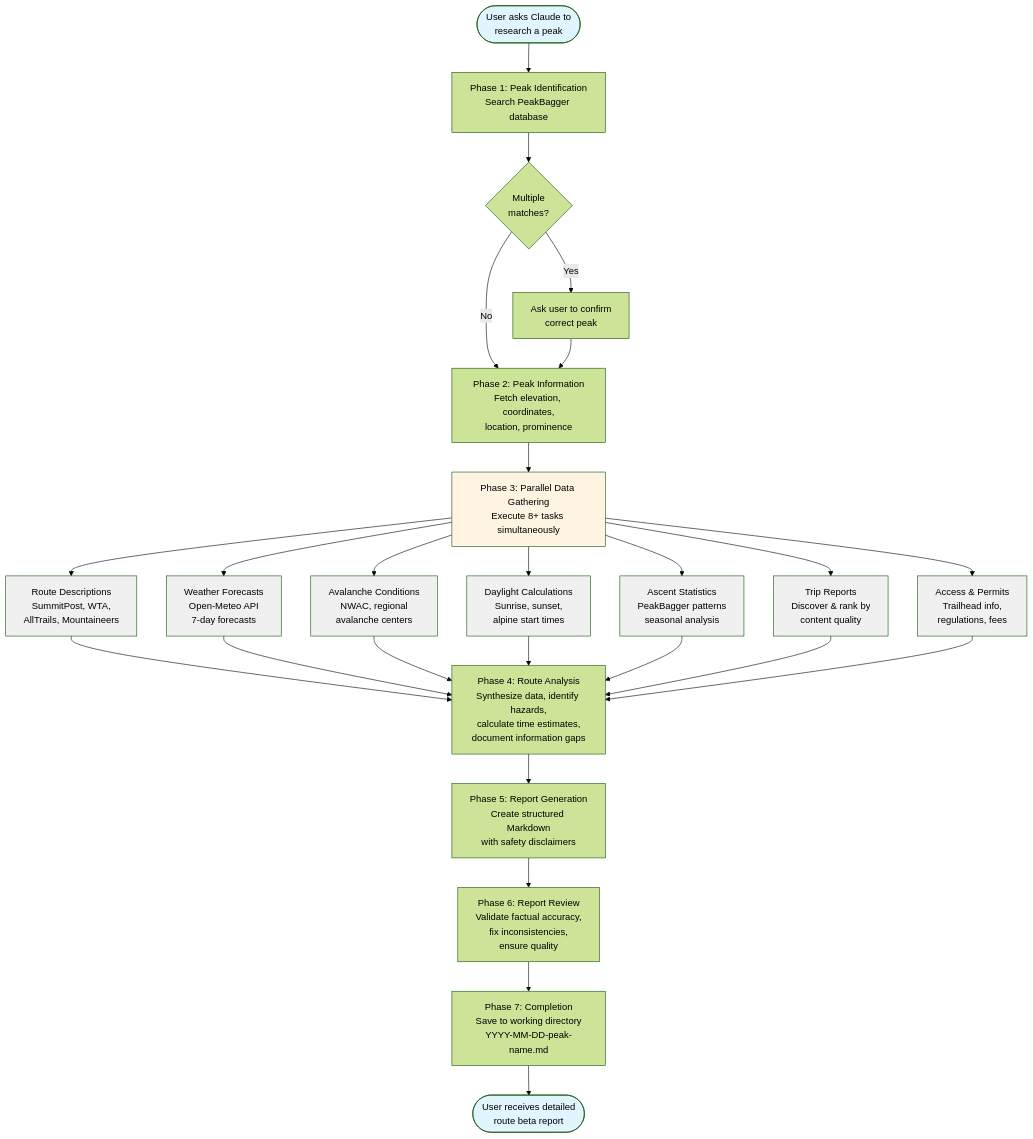
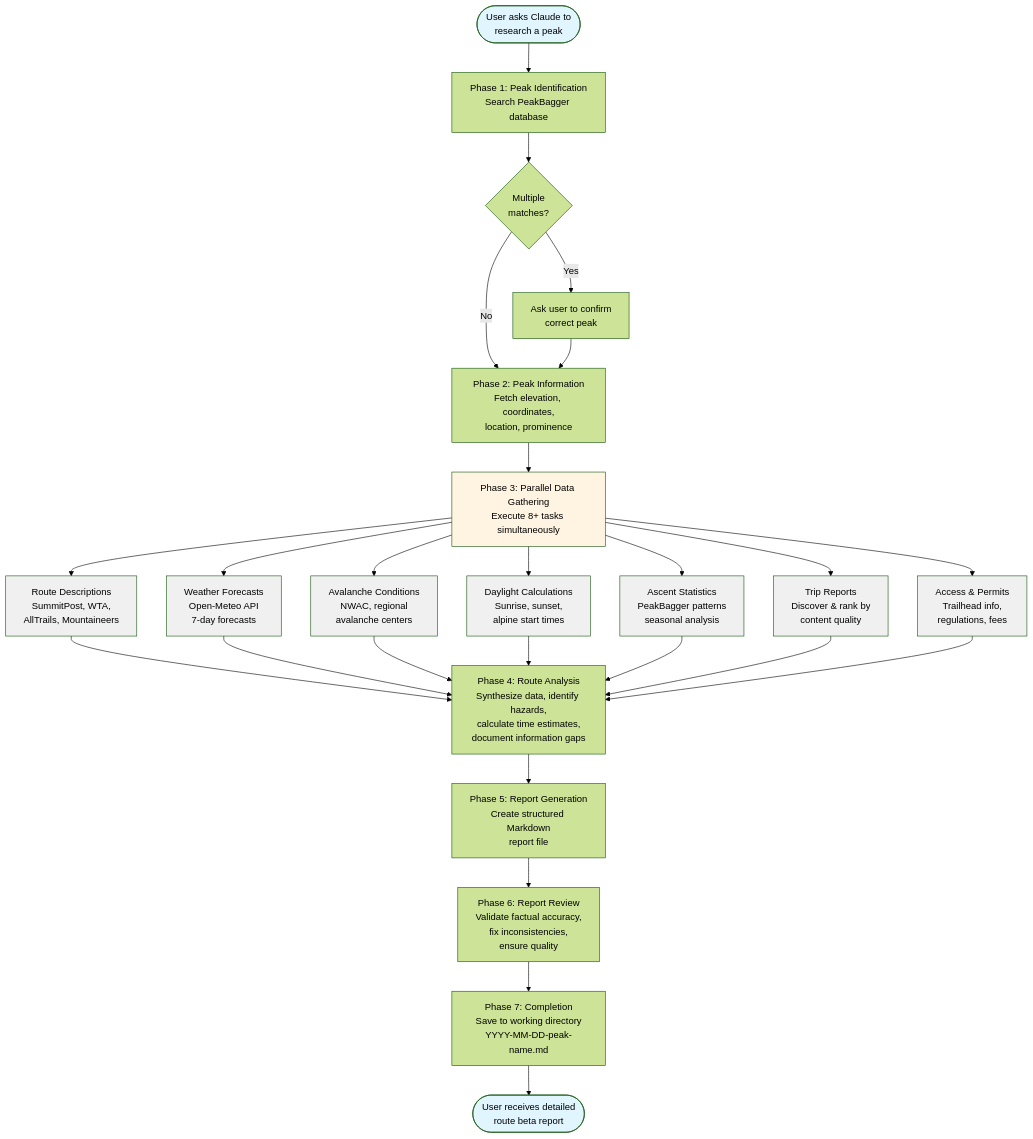
The diagram in README.md (dreamiurg/claude-mountaineering-skills), drawn with Mermaid (forest theme) before and after one commit. The commit also changed other lines of this file, not shown here.

Commit message:
docs: remove redundant safety disclaimer references from README

````diff
--- a/README.md
+++ b/README.md
@@ -75,47 +75,47 @@
 ```mermaid
 graph TB
     Start([User asks Claude to<br/>research a peak]) --> Search[Phase 1: Peak Identification<br/>Search PeakBagger database]
     Search --> Match{Multiple<br/>matches?}
     Match -->|Yes| Confirm[Ask user to confirm<br/>correct peak]
     Match -->|No| Info
     Confirm --> Info[Phase 2: Peak Information<br/>Fetch elevation, coordinates,<br/>location, prominence]
 
     Info --> Parallel[Phase 3: Parallel Data Gathering<br/>Execute 8+ tasks simultaneously]
 
     Parallel --> Routes[Route Descriptions<br/>SummitPost, WTA,<br/>AllTrails, Mountaineers]
     Parallel --> Weather[Weather Forecasts<br/>Open-Meteo API<br/>7-day forecasts]
     Parallel --> Avy[Avalanche Conditions<br/>NWAC, regional<br/>avalanche centers]
     Parallel --> Day[Daylight Calculations<br/>Sunrise, sunset,<br/>alpine start times]
     Parallel --> Stats[Ascent Statistics<br/>PeakBagger patterns<br/>seasonal analysis]
     Parallel --> Reports[Trip Reports<br/>Discover & rank by<br/>content quality]
     Parallel --> Access[Access & Permits<br/>Trailhead info,<br/>regulations, fees]
 
     Routes --> Analyze
     Weather --> Analyze
     Avy --> Analyze
     Day --> Analyze
     Stats --> Analyze
     Reports --> Analyze
     Access --> Analyze
 
     Analyze[Phase 4: Route Analysis<br/>Synthesize data, identify hazards,<br/>calculate time estimates,<br/>document information gaps]
 
-    Analyze --> Generate[Phase 5: Report Generation<br/>Create structured Markdown<br/>with safety disclaimers]
+    Analyze --> Generate[Phase 5: Report Generation<br/>Create structured Markdown<br/>report file]
 
     Generate --> Review[Phase 6: Report Review<br/>Validate factual accuracy,<br/>fix inconsistencies,<br/>ensure quality]
 
     Review --> Save[Phase 7: Completion<br/>Save to working directory<br/>YYYY-MM-DD-peak-name.md]
 
     Save --> End([User receives detailed<br/>route beta report])
 
     style Start fill:#e1f5ff
     style End fill:#e1f5ff
     style Parallel fill:#fff4e1
     style Routes fill:#f0f0f0
     style Weather fill:#f0f0f0
     style Avy fill:#f0f0f0
     style Day fill:#f0f0f0
     style Stats fill:#f0f0f0
     style Reports fill:#f0f0f0
     style Access fill:#f0f0f0
 ```
````
